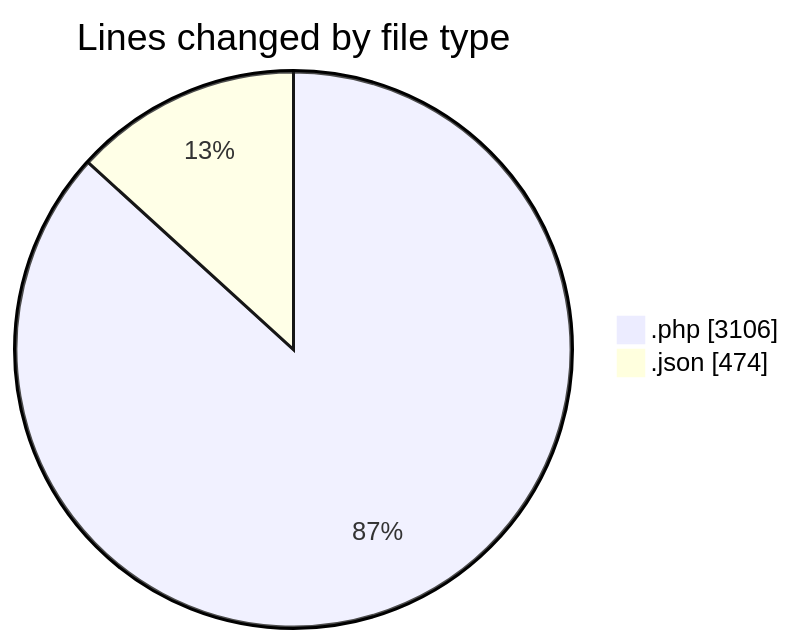
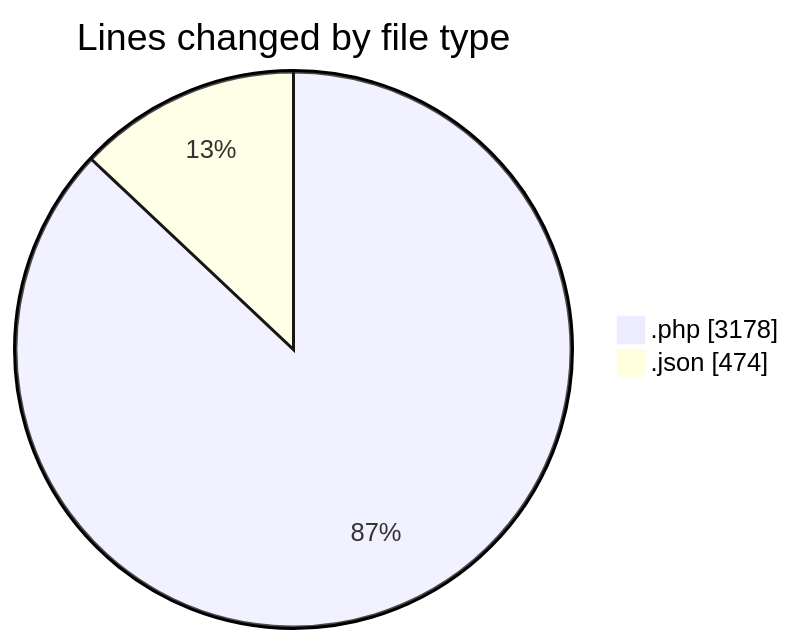
The first of 2 diagrams in 2025-06-16/studio-backend/README.md (idhammustaqopulfikri/code-tracking), drawn with Mermaid before and after one commit. The commit also changed other lines of this file and 1 other file, not shown here.

````diff
--- a/2025-06-16/studio-backend/README.md
+++ b/2025-06-16/studio-backend/README.md
@@ -36,6 +36,6 @@
 ```mermaid
 pie showData
 title Lines changed by file type
-".php" : 3106
+".php" : 3178
 ".json" : 474
 ```
````
